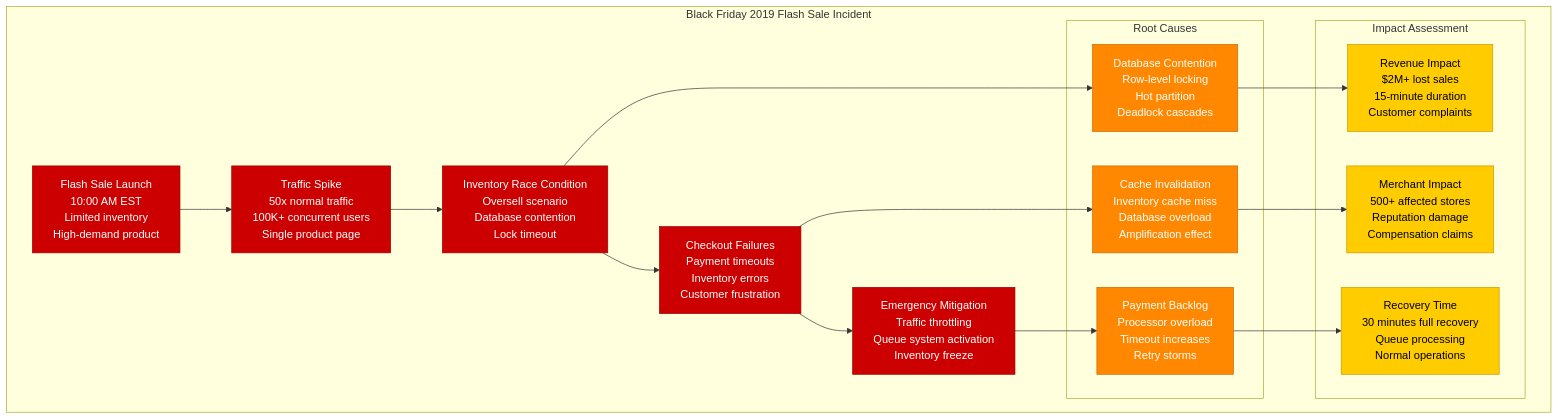
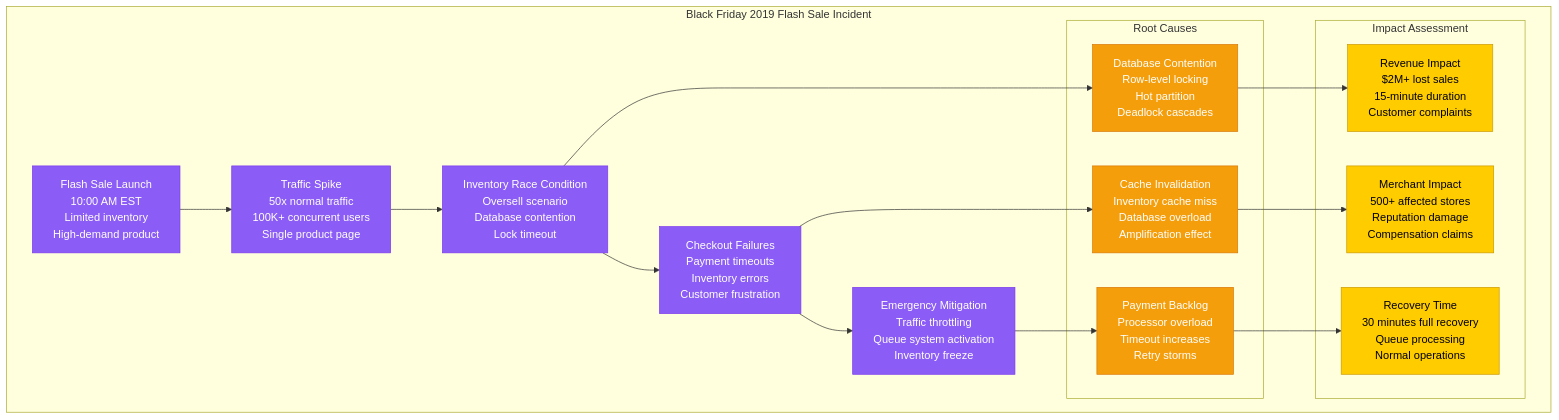
Before and after one commit to deepaucksharma/DS: the second of 9 diagrams in site/docs/systems/shopify/failure-domains.md, drawn with Mermaid. The commit also changed other lines of this file and 303 other files, not shown here.

````diff
--- a/site/docs/systems/shopify/failure-domains.md
+++ b/site/docs/systems/shopify/failure-domains.md
@@ -73,48 +73,48 @@
 ```mermaid
 graph TB
     subgraph "Black Friday 2019 Flash Sale Incident"
         FLASH_SALE[Flash Sale Launch<br/>10:00 AM EST<br/>Limited inventory<br/>High-demand product]
 
         TRAFFIC_SPIKE[Traffic Spike<br/>50x normal traffic<br/>100K+ concurrent users<br/>Single product page]
 
         INVENTORY_RACE[Inventory Race Condition<br/>Oversell scenario<br/>Database contention<br/>Lock timeout]
 
         CHECKOUT_FAILURES[Checkout Failures<br/>Payment timeouts<br/>Inventory errors<br/>Customer frustration]
 
         MITIGATION[Emergency Mitigation<br/>Traffic throttling<br/>Queue system activation<br/>Inventory freeze]
 
         subgraph "Root Causes"
             DB_CONTENTION[Database Contention<br/>Row-level locking<br/>Hot partition<br/>Deadlock cascades]
             CACHE_INVALIDATION[Cache Invalidation<br/>Inventory cache miss<br/>Database overload<br/>Amplification effect]
             PAYMENT_BACKLOG[Payment Backlog<br/>Processor overload<br/>Timeout increases<br/>Retry storms]
         end
 
         subgraph "Impact Assessment"
             REVENUE_LOSS[Revenue Impact<br/>$2M+ lost sales<br/>15-minute duration<br/>Customer complaints]
             MERCHANT_IMPACT[Merchant Impact<br/>500+ affected stores<br/>Reputation damage<br/>Compensation claims]
             SYSTEM_RECOVERY[Recovery Time<br/>30 minutes full recovery<br/>Queue processing<br/>Normal operations]
         end
 
         FLASH_SALE --> TRAFFIC_SPIKE
         TRAFFIC_SPIKE --> INVENTORY_RACE
         INVENTORY_RACE --> CHECKOUT_FAILURES
         CHECKOUT_FAILURES --> MITIGATION
 
         INVENTORY_RACE --> DB_CONTENTION
         CHECKOUT_FAILURES --> CACHE_INVALIDATION
         MITIGATION --> PAYMENT_BACKLOG
 
         DB_CONTENTION --> REVENUE_LOSS
         CACHE_INVALIDATION --> MERCHANT_IMPACT
         PAYMENT_BACKLOG --> SYSTEM_RECOVERY
     end
 
     %% Apply incident colors
-    classDef incidentStyle fill:#CC0000,stroke:#990000,color:#fff
-    classDef causeStyle fill:#FF8800,stroke:#CC6600,color:#fff
+    classDef incidentStyle fill:#8B5CF6,stroke:#7C3AED,color:#fff
+    classDef causeStyle fill:#F59E0B,stroke:#D97706,color:#fff
     classDef impactStyle fill:#FFCC00,stroke:#CC9900,color:#000
 
     class FLASH_SALE,TRAFFIC_SPIKE,INVENTORY_RACE,CHECKOUT_FAILURES,MITIGATION incidentStyle
     class DB_CONTENTION,CACHE_INVALIDATION,PAYMENT_BACKLOG causeStyle
     class REVENUE_LOSS,MERCHANT_IMPACT,SYSTEM_RECOVERY impactStyle
 ```
````
